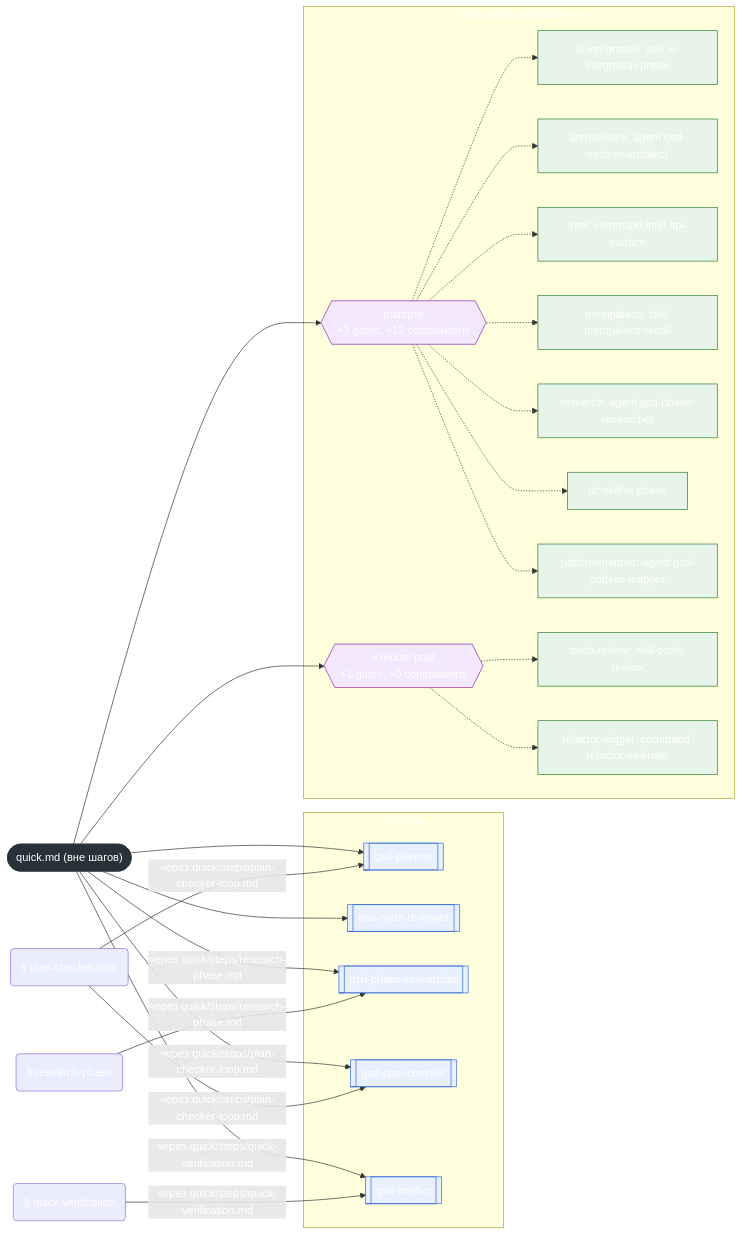
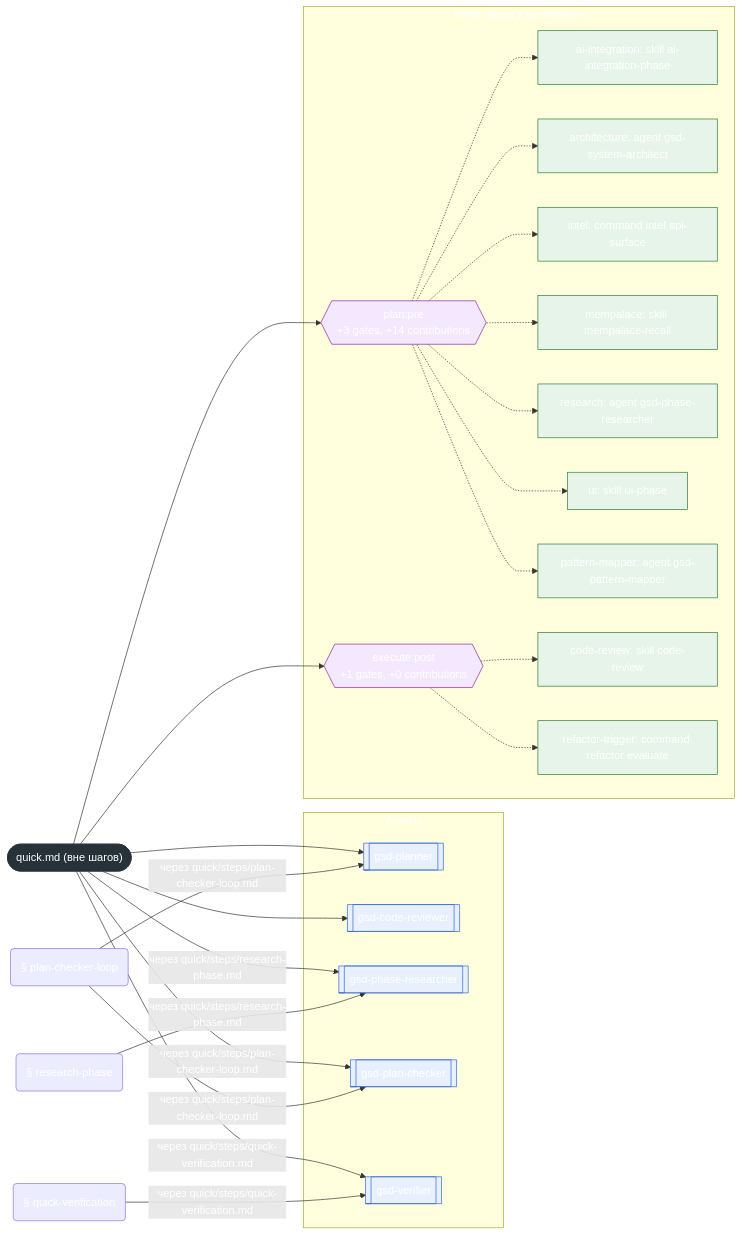
One commit to Govorin/gsd-core changed the second of 2 diagrams in docs/reference/workflow-maps/quick.md. Above: the diagram before and after it, drawn with Mermaid. The commit also changed 34 other files, not shown here.

````diff
--- a/docs/reference/workflow-maps/quick.md
+++ b/docs/reference/workflow-maps/quick.md
@@ -42,57 +42,57 @@
 ```mermaid
 flowchart LR
   subgraph g_agents["Агенты"]
     a_gsd_planner[["gsd-planner"]]:::agent
     a_gsd_code_reviewer[["gsd-code-reviewer"]]:::agent
     a_gsd_phase_researcher[["gsd-phase-researcher"]]:::agent
     a_gsd_plan_checker[["gsd-plan-checker"]]:::agent
     a_gsd_verifier[["gsd-verifier"]]:::agent
   end
   subgraph g_points["Точки цикла и капабилити"]
-    p_plan_pre{{"plan#58;pre<br/>+3 gates, +12 contributions"}}:::point
+    p_plan_pre{{"plan#58;pre<br/>+3 gates, +14 contributions"}}:::point
     c_plan_pre_ai_integration_skill_ai_integration_phase["ai-integration#58; skill ai-integration-phase"]:::capability
     c_plan_pre_architecture_agent_gsd_system_architect["architecture#58; agent gsd-system-architect"]:::capability
     c_plan_pre_intel_command_intel_api_surface["intel#58; command intel api-surface"]:::capability
     c_plan_pre_mempalace_skill_mempalace_recall["mempalace#58; skill mempalace-recall"]:::capability
     c_plan_pre_research_agent_gsd_phase_researcher["research#58; agent gsd-phase-researcher"]:::capability
     c_plan_pre_ui_skill_ui_phase["ui#58; skill ui-phase"]:::capability
     c_plan_pre_pattern_mapper_agent_gsd_pattern_mapper["pattern-mapper#58; agent gsd-pattern-mapper"]:::capability
     p_execute_post{{"execute#58;post<br/>+1 gates, +0 contributions"}}:::point
     c_execute_post_code_review_skill_code_review["code-review#58; skill code-review"]:::capability
     c_execute_post_refactor_trigger_command_refactor_evaluate["refactor-trigger#58; command refactor evaluate"]:::capability
   end
   wf_root(["quick.md (вне шагов)"]):::root
   u_section_research_phase("§ research-phase")
   u_section_plan_checker_loop("§ plan-checker-loop")
   u_section_quick_verification("§ quick-verification")
   wf_root --> a_gsd_planner
   wf_root --> a_gsd_code_reviewer
   wf_root -->|"через quick/steps/research-phase.md"| a_gsd_phase_researcher
   wf_root -->|"через quick/steps/plan-checker-loop.md"| a_gsd_plan_checker
   wf_root -->|"через quick/steps/quick-verification.md"| a_gsd_verifier
   u_section_research_phase -->|"через quick/steps/research-phase.md"| a_gsd_phase_researcher
   u_section_plan_checker_loop -->|"через quick/steps/plan-checker-loop.md"| a_gsd_plan_checker
   u_section_plan_checker_loop -->|"через quick/steps/plan-checker-loop.md"| a_gsd_planner
   u_section_quick_verification -->|"через quick/steps/quick-verification.md"| a_gsd_verifier
   p_plan_pre -.-> c_plan_pre_ai_integration_skill_ai_integration_phase
   p_plan_pre -.-> c_plan_pre_architecture_agent_gsd_system_architect
   p_plan_pre -.-> c_plan_pre_intel_command_intel_api_surface
   p_plan_pre -.-> c_plan_pre_mempalace_skill_mempalace_recall
   p_plan_pre -.-> c_plan_pre_research_agent_gsd_phase_researcher
   p_plan_pre -.-> c_plan_pre_ui_skill_ui_phase
   p_plan_pre -.-> c_plan_pre_pattern_mapper_agent_gsd_pattern_mapper
   wf_root --> p_plan_pre
   p_execute_post -.-> c_execute_post_code_review_skill_code_review
   p_execute_post -.-> c_execute_post_refactor_trigger_command_refactor_evaluate
   wf_root --> p_execute_post
   classDef missing fill:#fdecea,stroke:#d33,stroke-dasharray:4 3
   classDef unparsed fill:#f5f5f5,stroke:#999999,stroke-dasharray:4 3,color:#555
   classDef conditional fill:#fff8e1,stroke:#b28704
   classDef root fill:#263238,color:#ffffff,stroke:#263238
   classDef agent fill:#e8f0fe,stroke:#3367d6
   classDef builtin fill:#eeeeee,stroke:#777777
   classDef capability fill:#e6f4ea,stroke:#2e7d32
   classDef dynamic fill:#f2f2f2,stroke:#888,stroke-dasharray:2 2
   classDef point fill:#f3e8fd,stroke:#8e24aa
   classDef workflow fill:#ffffff,stroke:#555555
 ```
````
